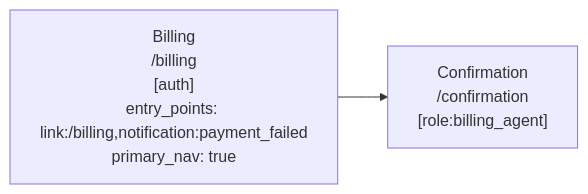
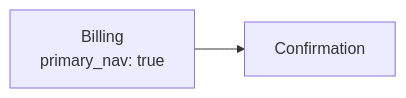
Before and after one commit to knutopia/Structured-Design-Documents: the diagram in examples/rendered/v0.1/ia_place_map_diagram_type/place_viewstate_transition_example/simple_profile/place_viewstate_transition.ia_place_map.mmd, drawn with Mermaid. The commit also changed 29 other files, not shown here.

```diff
--- a/examples/rendered/v0.1/ia_place_map_diagram_type/place_viewstate_transition_example/simple_profile/place_viewstate_transition.ia_place_map.mmd
+++ b/examples/rendered/v0.1/ia_place_map_diagram_type/place_viewstate_transition_example/simple_profile/place_viewstate_transition.ia_place_map.mmd
@@ -1,4 +1,4 @@
 flowchart LR
-  n_P_010["Billing<br/>/billing<br/>[auth]<br/>entry_points: link:/billing,notification:payment_failed<br/>primary_nav: true"]
-  n_P_011["Confirmation<br/>/confirmation<br/>[role:billing_agent]"]
+  n_P_010["Billing<br/>primary_nav: true"]
+  n_P_011["Confirmation"]
   n_P_010 --> n_P_011
```
